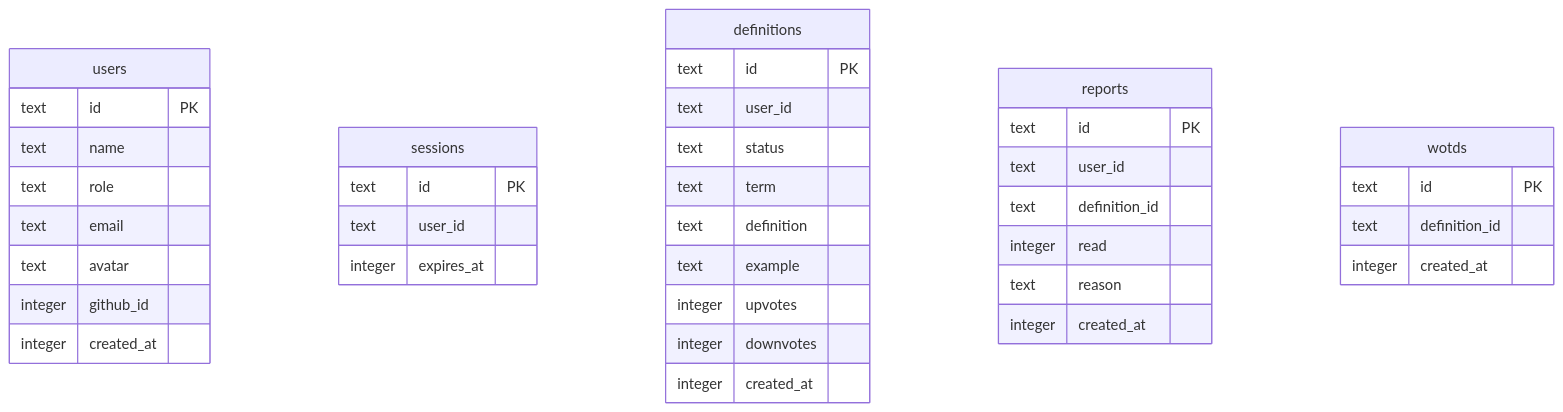
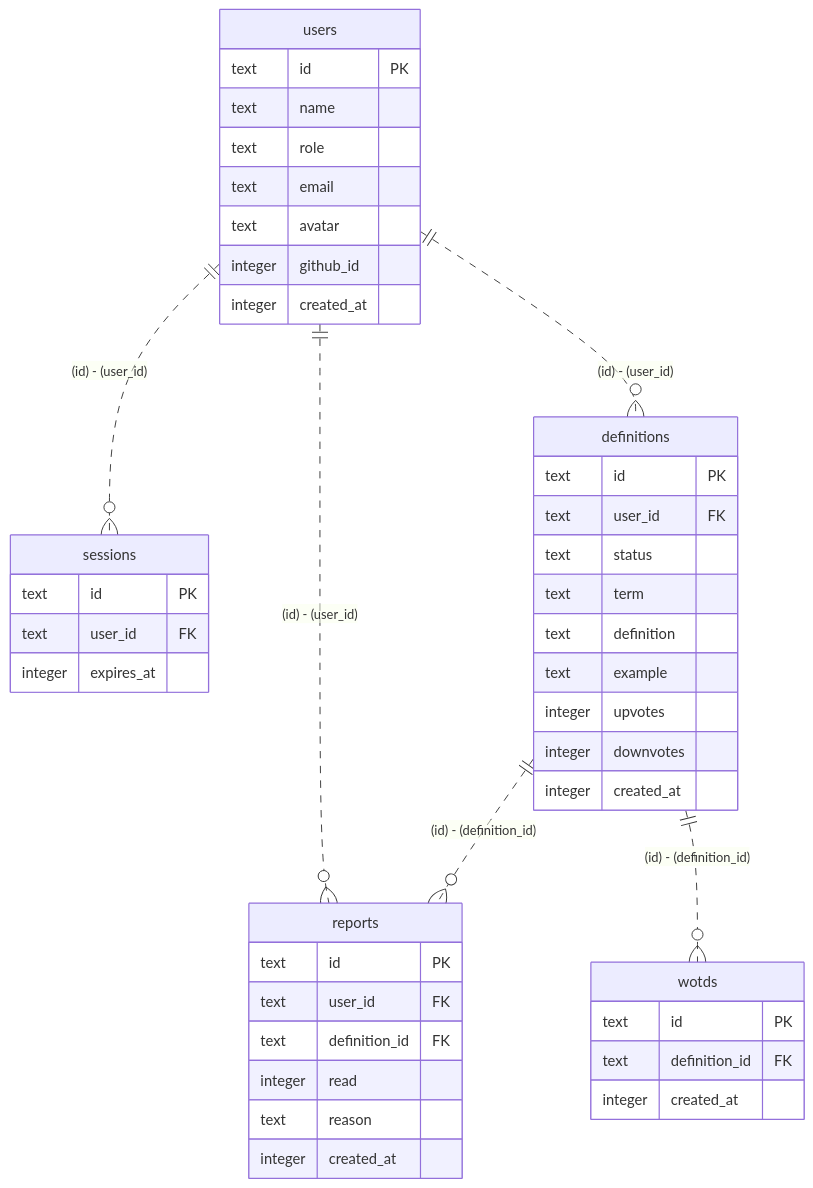
Before and after one commit to nakita628/drizzler-examples: the diagram in apps/devterms/docs/er.md, drawn with Mermaid. The commit also changed 439 other files, not shown here.

````diff
--- a/apps/devterms/docs/er.md
+++ b/apps/devterms/docs/er.md
@@ -1,41 +1,46 @@
 ```mermaid
 erDiagram
+    users ||..o{ sessions : "(id) - (user_id)"
+    users ||..o{ definitions : "(id) - (user_id)"
+    users ||..o{ reports : "(id) - (user_id)"
+    definitions ||..o{ reports : "(id) - (definition_id)"
+    definitions ||..o{ wotds : "(id) - (definition_id)"
     users {
         text id PK
         text name
         text role
         text email
         text avatar
         integer github_id
         integer created_at
     }
     sessions {
         text id PK
-        text user_id
+        text user_id FK
         integer expires_at
     }
     definitions {
         text id PK
-        text user_id
+        text user_id FK
         text status
         text term
         text definition
         text example
         integer upvotes
         integer downvotes
         integer created_at
     }
     reports {
         text id PK
-        text user_id
-        text definition_id
+        text user_id FK
+        text definition_id FK
         integer read
         text reason
         integer created_at
     }
     wotds {
         text id PK
-        text definition_id
+        text definition_id FK
         integer created_at
     }
 ```
````
